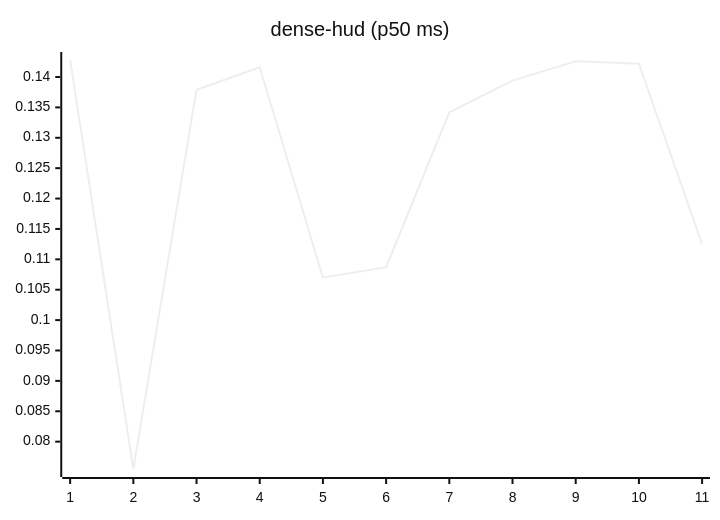
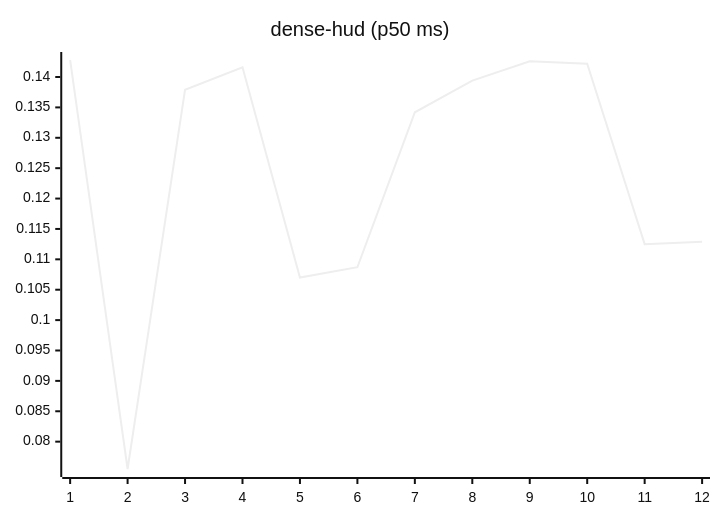
The eighth of 27 diagrams in README.md (josha/Facet), drawn with Mermaid (neutral theme) before and after one commit. The commit also changed other lines of this file and 2 other files, not shown here.

````diff
--- a/README.md
+++ b/README.md
@@ -112,6 +112,6 @@
 ```mermaid
 xychart-beta
     title "dense-hud (p50 ms)"
-    x-axis 1 --> 11
-    line [0.1428, 0.0755, 0.1379, 0.1416, 0.1070, 0.1087, 0.1342, 0.1394, 0.1426, 0.1422, 0.1125]
+    x-axis 1 --> 12
+    line [0.1428, 0.0755, 0.1379, 0.1416, 0.1070, 0.1087, 0.1342, 0.1394, 0.1426, 0.1422, 0.1125, 0.1129]
 ```
````
